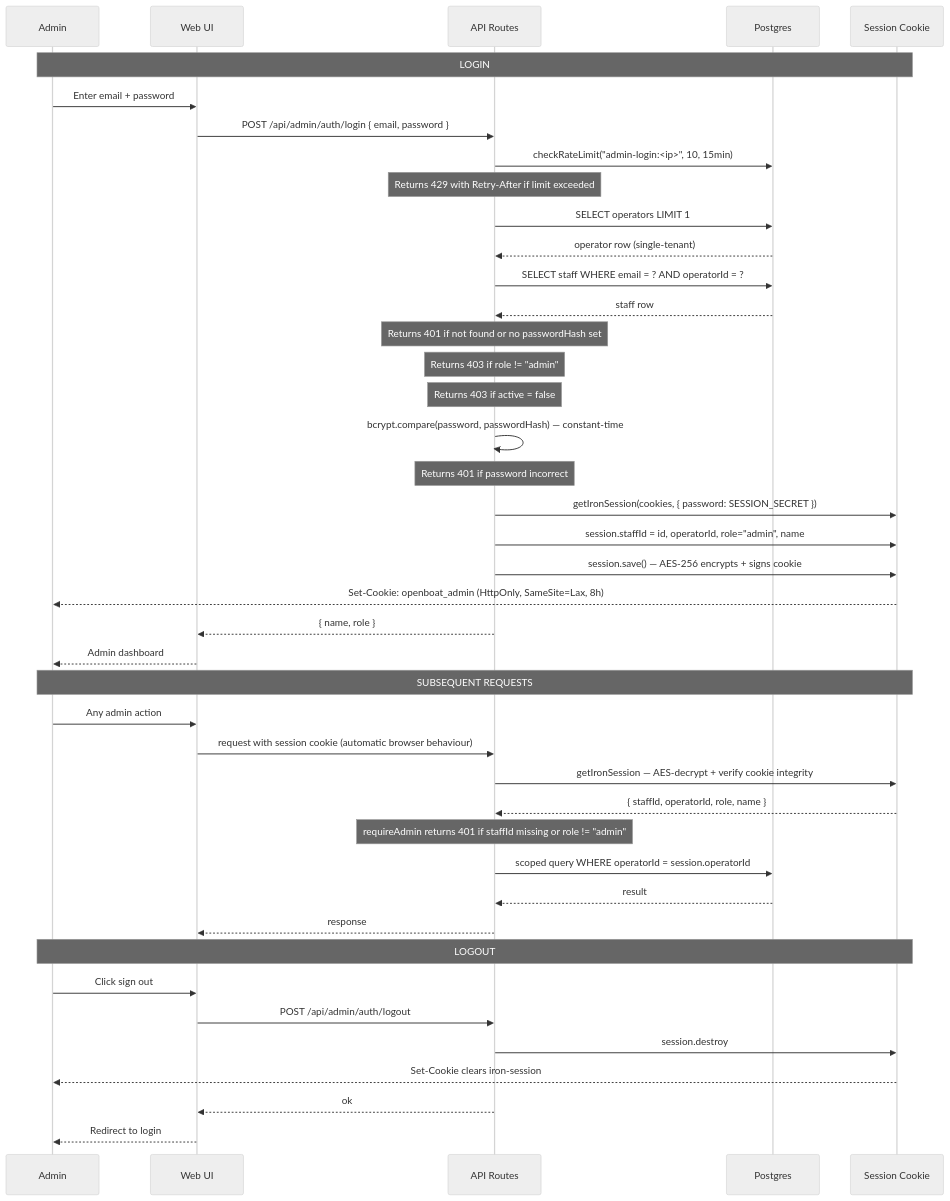
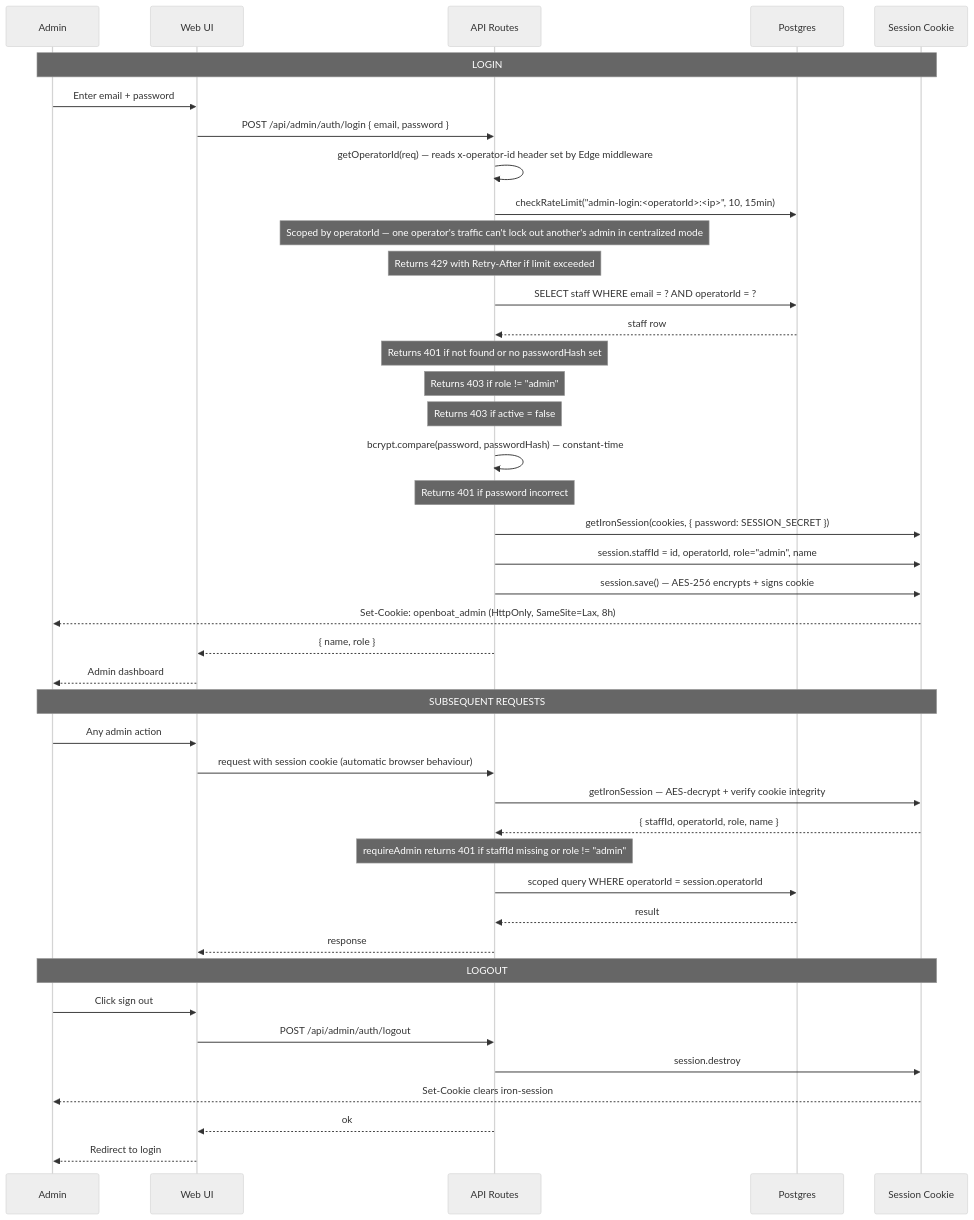
One commit to allonyaron/open-boat-fishing changed the diagram in docs/admin-auth-flow-sequence.md. Above: the diagram before and after it, drawn with Mermaid (neutral theme). The commit also changed other lines of this file and 11 other files, not shown here.

First line of the commit message:
Refresh mermaid/architecture docs to match centralized-mode code

````diff
--- a/docs/admin-auth-flow-sequence.md
+++ b/docs/admin-auth-flow-sequence.md
@@ -3,47 +3,47 @@
 ```mermaid
 sequenceDiagram
     participant A as Admin
     participant UI as Web UI
     participant API as API Routes
     participant DB as Postgres
     participant S as Session Cookie
 
     Note over A,S: LOGIN
     A->>UI: Enter email + password
     UI->>API: POST /api/admin/auth/login { email, password }
-    API->>DB: checkRateLimit("admin-login:<ip>", 10, 15min)
+    API->>API: getOperatorId(req) — reads x-operator-id header set by Edge middleware
+    API->>DB: checkRateLimit("admin-login:<operatorId>:<ip>", 10, 15min)
+    Note over API: Scoped by operatorId — one operator's traffic can't lock out another's admin in centralized mode
     Note over API: Returns 429 with Retry-After if limit exceeded
-    API->>DB: SELECT operators LIMIT 1
-    DB-->>API: operator row (single-tenant)
     API->>DB: SELECT staff WHERE email = ? AND operatorId = ?
     DB-->>API: staff row
     Note over API: Returns 401 if not found or no passwordHash set
     Note over API: Returns 403 if role != "admin"
     Note over API: Returns 403 if active = false
     API->>API: bcrypt.compare(password, passwordHash) — constant-time
     Note over API: Returns 401 if password incorrect
     API->>S: getIronSession(cookies, { password: SESSION_SECRET })
     API->>S: session.staffId = id, operatorId, role="admin", name
     API->>S: session.save() — AES-256 encrypts + signs cookie
     S-->>A: Set-Cookie: openboat_admin (HttpOnly, SameSite=Lax, 8h)
     API-->>UI: { name, role }
     UI-->>A: Admin dashboard
 
     Note over A,S: SUBSEQUENT REQUESTS
     A->>UI: Any admin action
     UI->>API: request with session cookie (automatic browser behaviour)
     API->>S: getIronSession — AES-decrypt + verify cookie integrity
     S-->>API: { staffId, operatorId, role, name }
     Note over API: requireAdmin returns 401 if staffId missing or role != "admin"
     API->>DB: scoped query WHERE operatorId = session.operatorId
     DB-->>API: result
     API-->>UI: response
 
     Note over A,S: LOGOUT
     A->>UI: Click sign out
     UI->>API: POST /api/admin/auth/logout
     API->>S: session.destroy
     S-->>A: Set-Cookie clears iron-session
     API-->>UI: ok
     UI-->>A: Redirect to login
 ```
````
